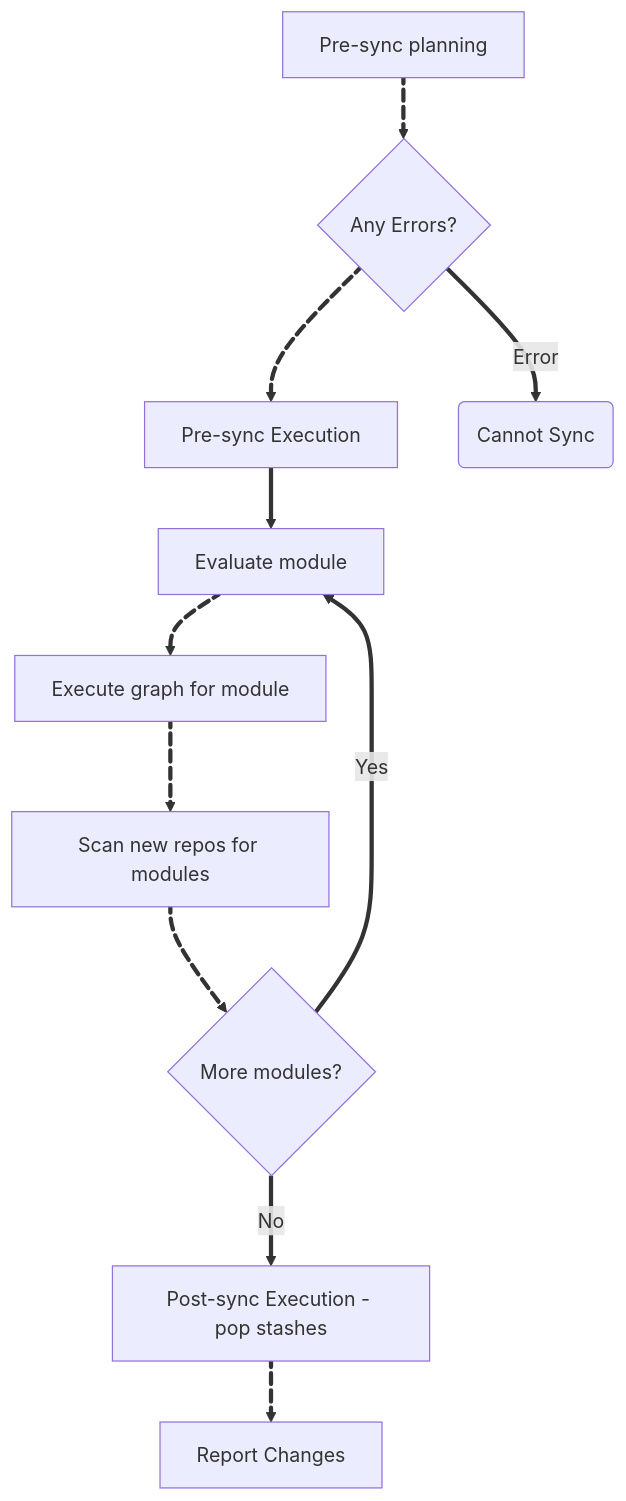
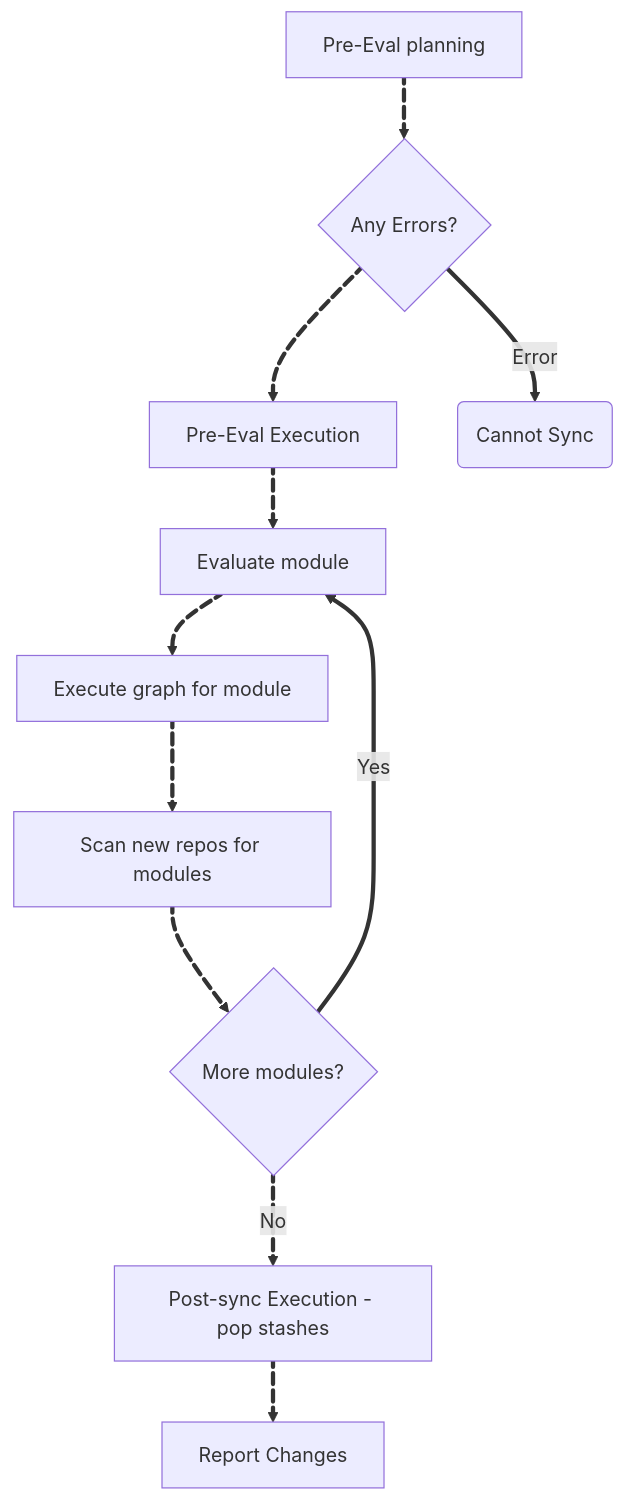
Before and after one commit to work-spaces/work-spaces.github.io: the third of 3 diagrams in content/docs/explainers/repo-checkout-and-sync.md, drawn with Mermaid. The commit also changed other lines of this file and 6 other files, not shown here.

````diff
--- a/content/docs/explainers/repo-checkout-and-sync.md
+++ b/content/docs/explainers/repo-checkout-and-sync.md
@@ -117,19 +168,21 @@
 ```mermaid
 flowchart TD
-  PPP[Pre-sync planning] Nominal4@==> PSEC{Any Errors?}
-  PSEC Nominal0@==> PSE[Pre-sync Execution]
-  PSE==> ME[Evaluate module]
+  PPP[Pre-Eval planning] Nominal4@==> PSEC{Any Errors?}
+  PSEC Nominal0@==> PSE[Pre-Eval Execution]
+  PSE Nominal6@==> ME[Evaluate module]
   PSEC ==> |Error| PSF(Cannot Sync)
   ME Nominal1@==> RE[Execute graph for module]
   RE Nominal2@==> SNR[Scan new repos for modules]
   SNR Nominal3@==> MM{More modules?}
   MM ==>|Yes| ME
-  MM ==>|No| PSYNCE[Post-sync Execution - pop stashes]
+  MM Nominal7@==>|No| PSYNCE[Post-sync Execution - pop stashes]
   PSYNCE Nominal5@==> PSR[Report Changes]
   Nominal0@{ animation: fast }
   Nominal1@{ animation: fast }
   Nominal2@{ animation: fast }
   Nominal3@{ animation: fast }
   Nominal4@{ animation: fast }
   Nominal5@{ animation: fast }
+  Nominal6@{ animation: fast }
+  Nominal7@{ animation: fast }
 ```
````
